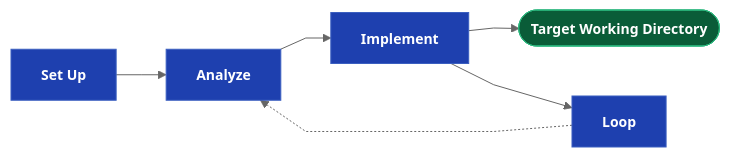
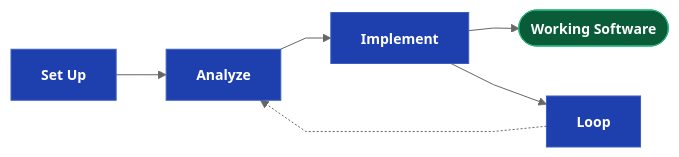
The first of 8 diagrams in docs/Drydock_Specification.md (webcloudstudio/Drydock), drawn with Mermaid before and after one commit. The commit also changed other lines of this file and 3 other files, not shown here.

````diff
--- a/docs/Drydock_Specification.md
+++ b/docs/Drydock_Specification.md
@@ -60,16 +60,16 @@
 ```mermaid
 %%{init: {'theme': 'neutral', 'flowchart': {'curve': 'linear'}, 'themeVariables': {'fontSize': '14px'}}}%%
 flowchart LR
   classDef dir    fill:#0a5c38,stroke:#2cb67d,color:#fff,font-weight:bold
   classDef md     fill:#d4a017,stroke:#a07810,color:#111,font-weight:bold
   classDef script fill:#1e40af,stroke:#3b5fc0,color:#fff,font-weight:bold
   classDef prompt fill:#c2410c,stroke:#ea580c,color:#fff,font-weight:bold
   classDef output fill:#6d28d9,stroke:#8b5cf6,color:#fff,font-weight:bold
   classDef web    fill:#be123c,stroke:#fb7185,color:#fff,font-weight:bold
 
   SETUP["Set Up"]:::script --> ANALYZE["Analyze"]:::script
   ANALYZE --> IMPLEMENT["Implement"]:::script
-  IMPLEMENT --> TARGET(["Target Working Directory"]):::dir
+  IMPLEMENT --> TARGET(["Working Software"]):::dir
   IMPLEMENT --> LOOP["Loop"]:::script
   LOOP -.-> ANALYZE
 ```
````
